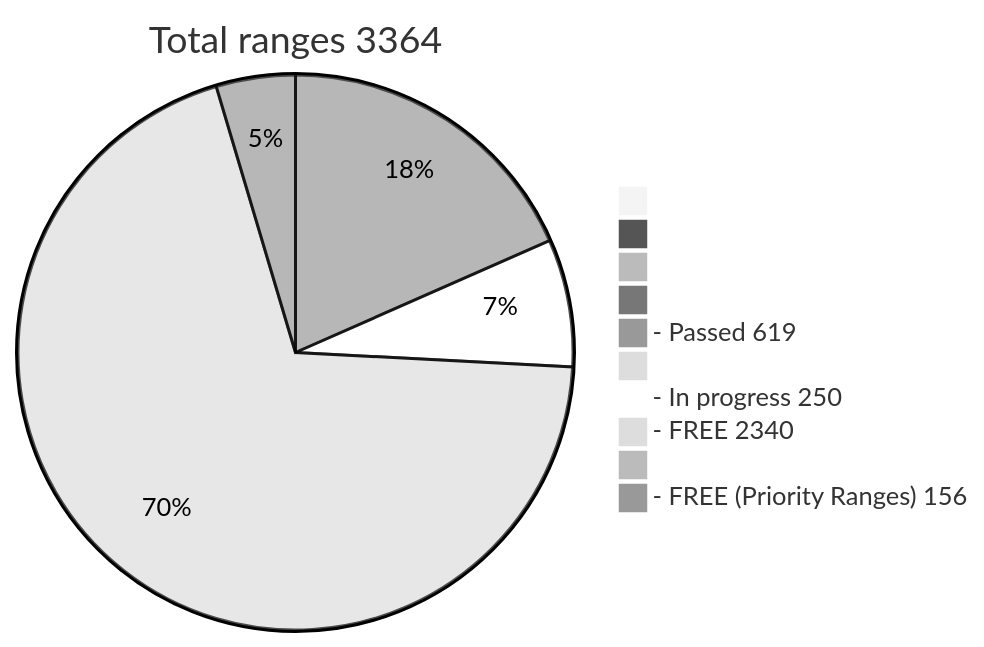
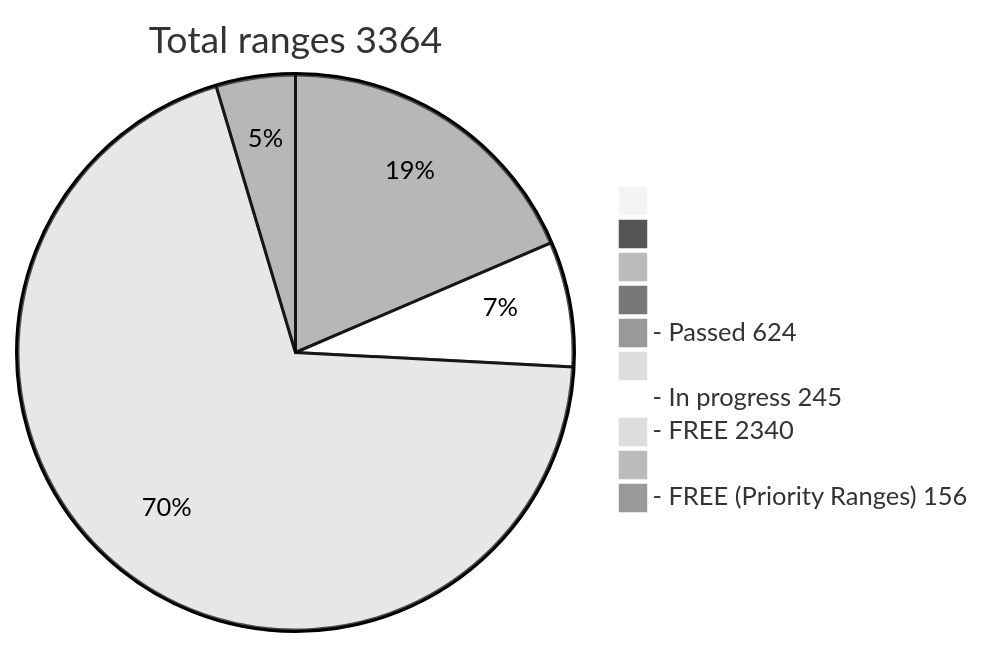
The diagram in README.md (phrutis/wif500), drawn with Mermaid (neutral theme) before and after one commit.

````diff
--- a/README.md
+++ b/README.md
@@ -16,13 +16,13 @@
 ```mermaid
 pie title Total ranges 3364
              " " : 0
             "  " : 0
            "   " : 0
           "    " : 0
-  "- Passed 619" : 619
+  "- Passed 624" : 624
          "     " : 0
-  "- In progress 250" : 250
+  "- In progress 245" : 245
    "- FREE 2340" : 2340
         "      " : 0
   "- FREE (Priority Ranges) 156" : 155
 ```
````
